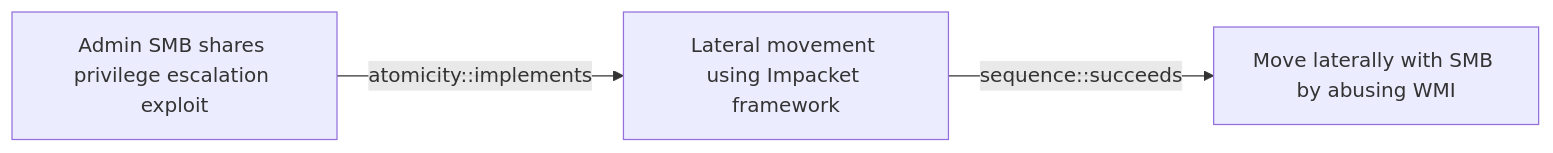
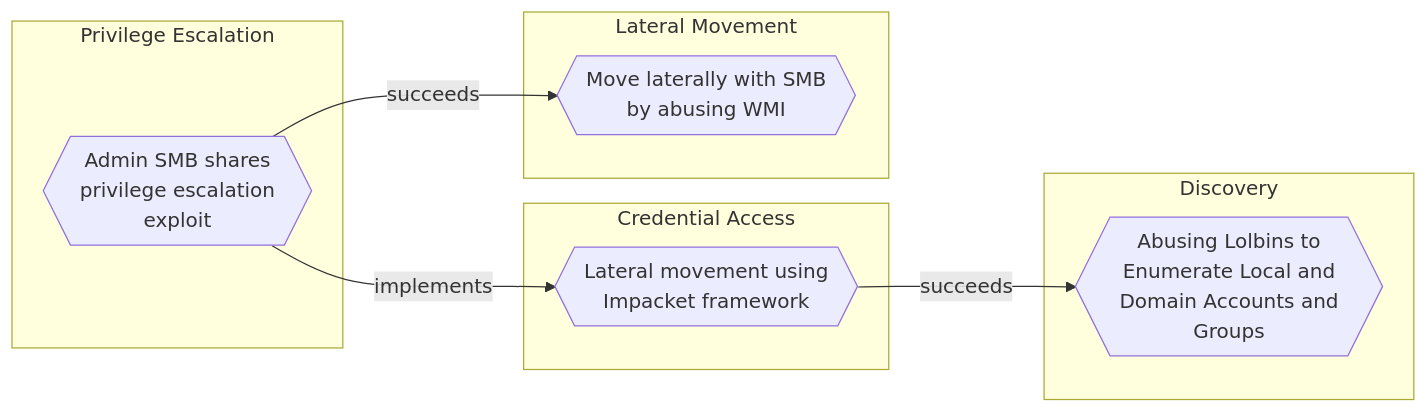
One commit to opentidehq/library changed the diagram in docs/threats/admin-smb-shares-privilege-escalation-exploit.md. Above: the diagram before and after it, drawn with Mermaid. The commit also changed other lines of this file and 540 other files, not shown here.

````diff
--- a/docs/threats/admin-smb-shares-privilege-escalation-exploit.md
+++ b/docs/threats/admin-smb-shares-privilege-escalation-exploit.md
@@ -90,8 +96,18 @@
 ```mermaid
 flowchart LR
-02810748_52b5_4d3a_a788_29a948538cd2["Admin SMB shares privilege escalation exploit"]
-75415bc5_6615_487e_a69c_7a4ffc196996["Lateral movement using Impacket framework"]
-f33a693b_04cd_476e_9067_9deab561e55a["Move laterally with SMB by abusing WMI"]
-02810748_52b5_4d3a_a788_29a948538cd2 -->|atomicity::implements| 75415bc5_6615_487e_a69c_7a4ffc196996
-75415bc5_6615_487e_a69c_7a4ffc196996 -->|sequence::succeeds| f33a693b_04cd_476e_9067_9deab561e55a
+subgraph "Privilege Escalation"
+02810748_52b5_4d3a_a788_29a948538cd2{{"Admin SMB shares<br>privilege escalation<br>exploit"}}
+end
+subgraph "Credential Access"
+75415bc5_6615_487e_a69c_7a4ffc196996{{"Lateral movement using<br>Impacket framework"}}
+end
+subgraph "Lateral Movement"
+f33a693b_04cd_476e_9067_9deab561e55a{{"Move laterally with SMB<br>by abusing WMI"}}
+end
+subgraph "Discovery"
+3b1026c6_7d04_4b91_ba6f_abc68e993616{{"Abusing Lolbins to<br>Enumerate Local and<br>Domain Accounts and<br>Groups"}}
+end
+02810748_52b5_4d3a_a788_29a948538cd2 -->|implements| 75415bc5_6615_487e_a69c_7a4ffc196996
+02810748_52b5_4d3a_a788_29a948538cd2 -->|succeeds| f33a693b_04cd_476e_9067_9deab561e55a
+75415bc5_6615_487e_a69c_7a4ffc196996 -->|succeeds| 3b1026c6_7d04_4b91_ba6f_abc68e993616
 ```
````
